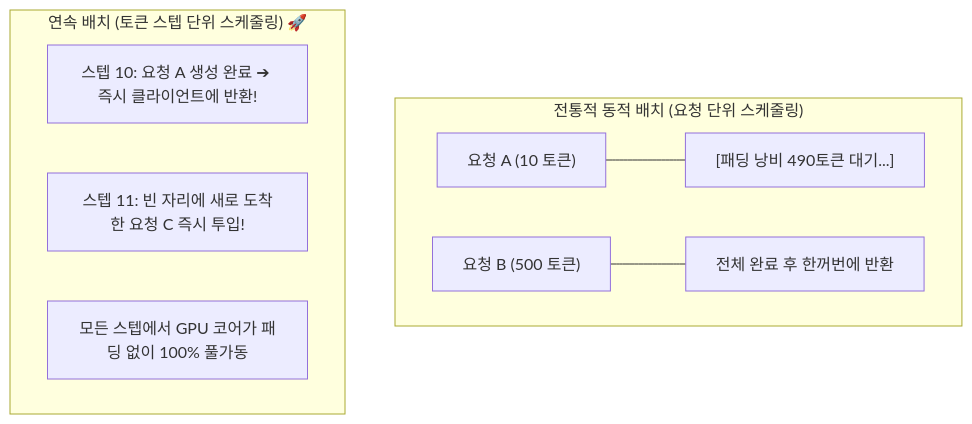
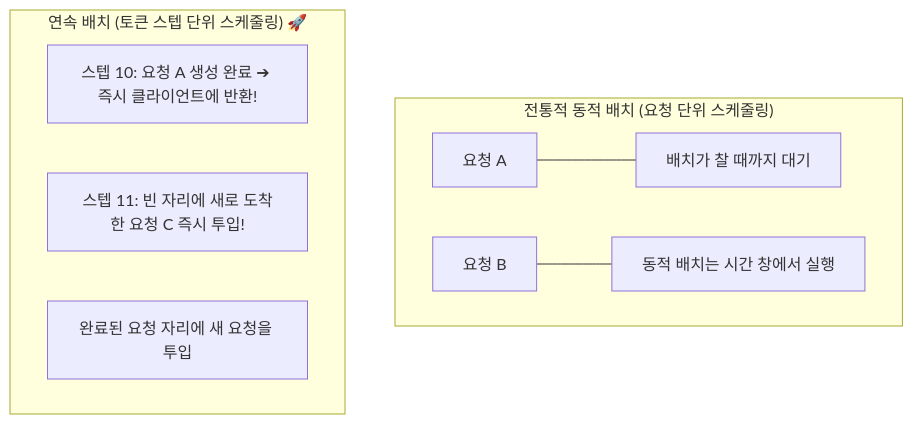
One commit to sing-u8/AI-Engineering changed the fourth of 4 diagrams in chapter-qa/ch09-inference-optimization-qa/02-kv-cache-flashattention-and-batching.md. Above: the diagram before and after it, drawn with Mermaid. The commit also changed other lines of this file and 3 other files, not shown here.

````diff
--- a/chapter-qa/ch09-inference-optimization-qa/02-kv-cache-flashattention-and-batching.md
+++ b/chapter-qa/ch09-inference-optimization-qa/02-kv-cache-flashattention-and-batching.md
@@ -145,13 +150,13 @@
 ```mermaid
 flowchart TD
     subgraph Traditional["전통적 동적 배치 (요청 단위 스케줄링)"]
-        ReqA["요청 A (10 토큰)"] --- Pad["[패딩 낭비 490토큰 대기...]"]
-        ReqB["요청 B (500 토큰)"] --- End["전체 완료 후 한꺼번에 반환"]
+        ReqA["요청 A"] --- Wait["배치가 찰 때까지 대기"]
+        ReqB["요청 B"] --- End["동적 배치는 시간 창에서 실행"]
     end
 
     subgraph Continuous["연속 배치 (토큰 스텝 단위 스케줄링) 🚀"]
         Step1["스텝 10: 요청 A 생성 완료 ➔ 즉시 클라이언트에 반환!"]
         Step2["스텝 11: 빈 자리에 새로 도착한 요청 C 즉시 투입!"]
-        Step3["모든 스텝에서 GPU 코어가 패딩 없이 100% 풀가동"]
+        Step3["완료된 요청 자리에 새 요청을 투입"]
     end
 ```
````
